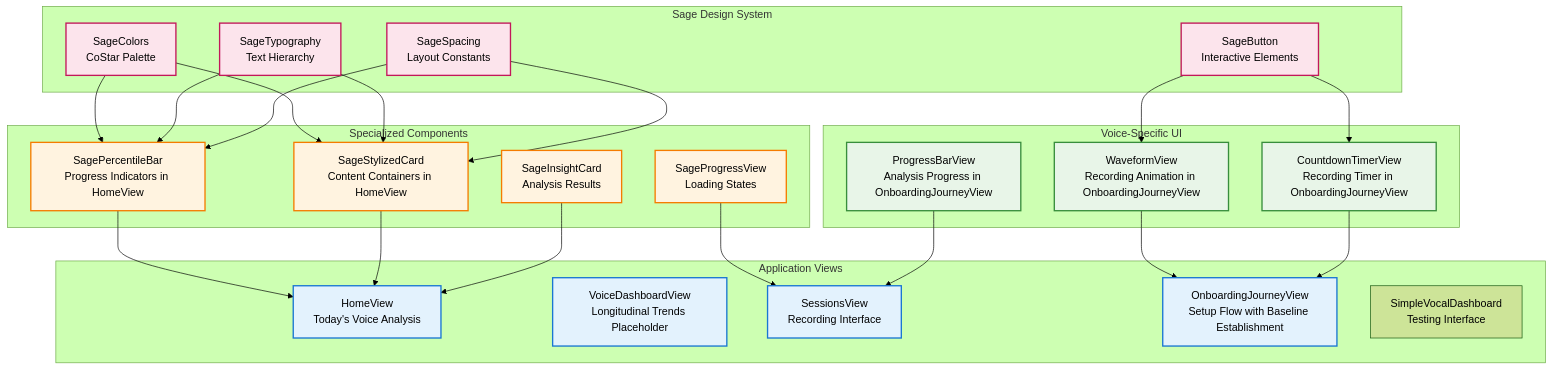
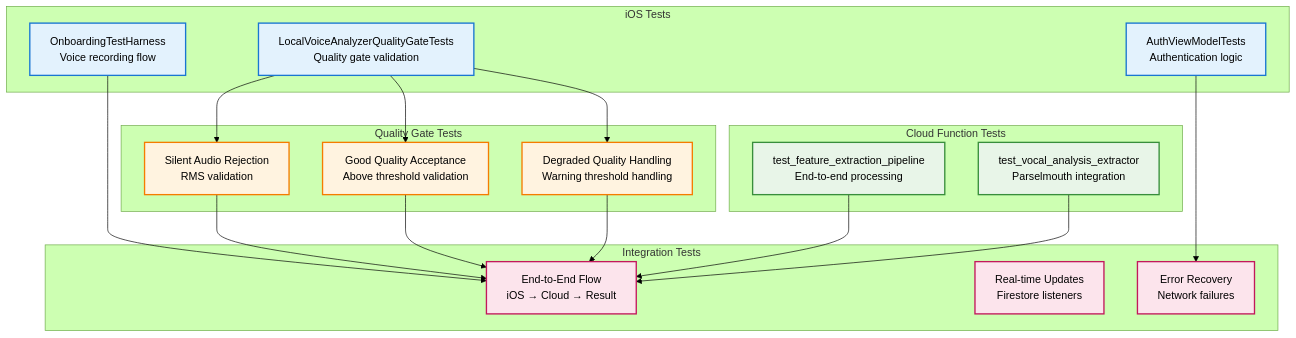
The eighth of 9 diagrams in ARCHITECTURE.md (PoisonIvory/sage), drawn with Mermaid (forest theme) before and after one commit. The commit also changed other lines of this file, not shown here.

Commit message:
Streamline architecture documentation for executive clarity

````diff
--- a/ARCHITECTURE.md
+++ b/ARCHITECTURE.md
@@ -607,56 +302,46 @@
 ```mermaid
 graph TD
-    subgraph "Sage Design System"
-        A1[SageColors<br/>CoStar Palette]
-        A2[SageTypography<br/>Text Hierarchy]
-        A3[SageSpacing<br/>Layout Constants]
-        A4[SageButton<br/>Interactive Elements]
+    subgraph "iOS Tests"
+        A1[OnboardingTestHarness<br/>Voice recording flow]
+        A2[AuthViewModelTests<br/>Authentication logic]
+        A3[LocalVoiceAnalyzerQualityGateTests<br/>Quality gate validation]
     end
     
-    subgraph "Specialized Components"
-        B1[SagePercentileBar<br/>Progress Indicators in HomeView]
-        B2[SageStylizedCard<br/>Content Containers in HomeView]
-        B3[SageProgressView<br/>Loading States]
-        B4[SageInsightCard<br/>Analysis Results]
+    subgraph "Quality Gate Tests"
+        B1[Silent Audio Rejection<br/>RMS validation]
+        B2[Good Quality Acceptance<br/>Above threshold validation]
+        B3[Degraded Quality Handling<br/>Warning threshold handling]
     end
     
-    subgraph "Voice-Specific UI"
-        C1[WaveformView<br/>Recording Animation in OnboardingJourneyView]
-        C2[CountdownTimerView<br/>Recording Timer in OnboardingJourneyView]
-        C3[ProgressBarView<br/>Analysis Progress in OnboardingJourneyView]
+    subgraph "Cloud Function Tests"
+        C1[test_feature_extraction_pipeline<br/>End-to-end processing]
+        C2[test_vocal_analysis_extractor<br/>Parselmouth integration]
     end
     
-    subgraph "Application Views"
-        D1[HomeView<br/>Today's Voice Analysis]
-        D2[VoiceDashboardView<br/>Longitudinal Trends Placeholder]
-        D3[SessionsView<br/>Recording Interface]
-        D4[OnboardingJourneyView<br/>Setup Flow with Baseline Establishment]
-        D5[SimpleVocalDashboard<br/>Testing Interface]
+    subgraph "Integration Tests"
+        E1[End-to-End Flow<br/>iOS → Cloud → Result]
+        E2[Real-time Updates<br/>Firestore listeners]
+        E3[Error Recovery<br/>Network failures]
     end
     
-    A1 --> B1
-    A1 --> B2
-    A2 --> B1
-    A2 --> B2
+    A1 --> E1
+    A2 --> E3
     A3 --> B1
     A3 --> B2
-    A4 --> C1
-    A4 --> C2
-    B1 --> D1
-    B2 --> D1
-    B3 --> D3
-    B4 --> D1
-    C1 --> D4
-    C2 --> D4
-    C3 --> D3
+    A3 --> B3
+    B1 --> E1
+    B2 --> E1
+    B3 --> E1
+    C1 --> E1
+    C2 --> E1
     
-    classDef design fill:#fce4ec,stroke:#c2185b,stroke-width:2px
-    classDef component fill:#fff3e0,stroke:#f57c00,stroke-width:2px
-    classDef voice fill:#e8f5e8,stroke:#388e3c,stroke-width:2px
-    classDef application fill:#e3f2fd,stroke:#1976d2,stroke-width:2px
+    classDef ios fill:#e3f2fd,stroke:#1976d2,stroke-width:2px
+    classDef qualitygate fill:#fff3e0,stroke:#f57c00,stroke-width:2px
+    classDef cloud fill:#e8f5e8,stroke:#388e3c,stroke-width:2px
+    classDef integration fill:#fce4ec,stroke:#c2185b,stroke-width:2px
     
-    class A1,A2,A3,A4 design
-    class B1,B2,B3,B4 component
-    class C1,C2,C3 voice
-    class D1,D2,D3,D4 application
+    class A1,A2,A3 ios
+    class B1,B2,B3 qualitygate
+    class C1,C2 cloud
+    class E1,E2,E3 integration
 ```
````
